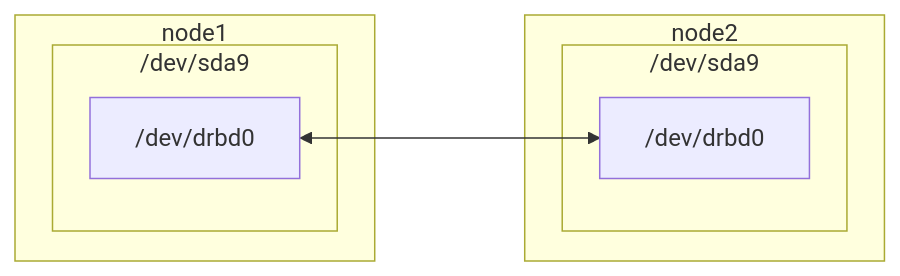
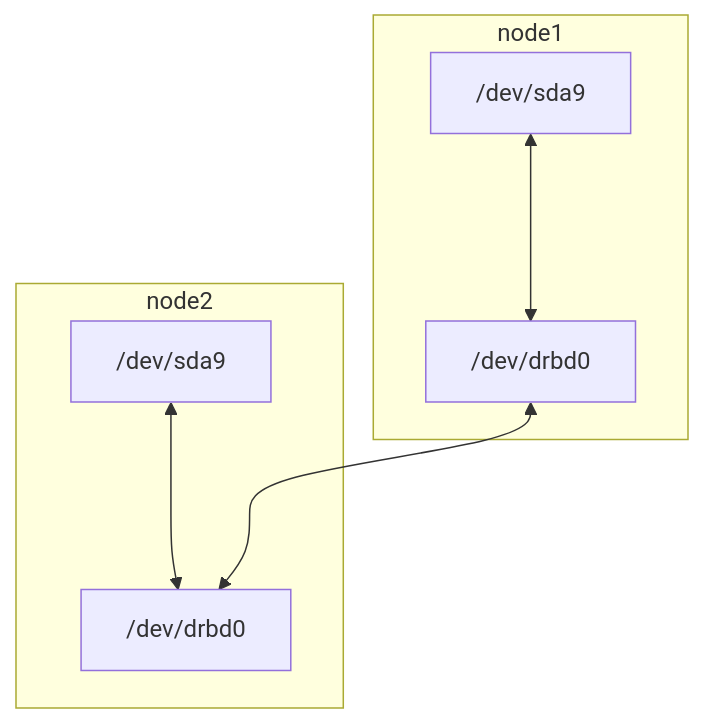
The diagram in md/drbd.md (thachmpham/thachmpham.github.io), drawn with Mermaid before and after one commit. The commit also changed other lines of this file and 1 other file, not shown here.

```diff
--- a/md/drbd.md
+++ b/md/drbd.md
@@ -12,19 +68,17 @@
 <pre class="mermaid">
-flowchart LR
+flowchart TD
     node1_drbd0["/dev/drbd0"]
     node2_drbd0["/dev/drbd0"]
 
     subgraph node1
-        subgraph node1_sda9["/dev/sda9"]
-            node1_drbd0
-        end
+        node1_sda9["/dev/sda9"]
+        node1_sda9 <---> node1_drbd0
     end
 
     subgraph node2
-        subgraph node2_sda9["/dev/sda9"]
-            node2_drbd0
-        end
+        node2_sda9["/dev/sda9"]
+        node2_sda9 <---> node2_drbd0
     end
 
     node1_drbd0 <---> node2_drbd0
 </pre>
```
